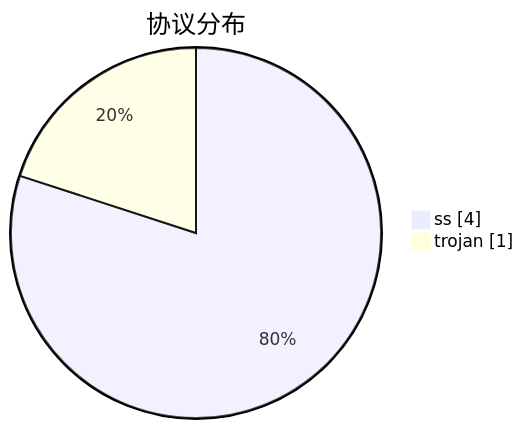
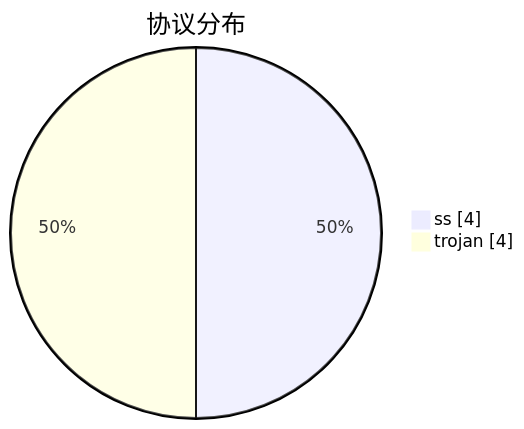
One commit to qjlxg/airport changed the third of 3 diagrams in subs/statistics/tested_within.md. Above: the diagram before and after it, drawn with Mermaid. The commit also changed other lines of this file and 2 other files, not shown here.

````diff
--- a/subs/statistics/tested_within.md
+++ b/subs/statistics/tested_within.md
@@ -13,6 +13,6 @@
 ```mermaid
 pie showData
 title 协议分布
 "ss" : 4
-"trojan" : 1
+"trojan" : 4
 ```
````
